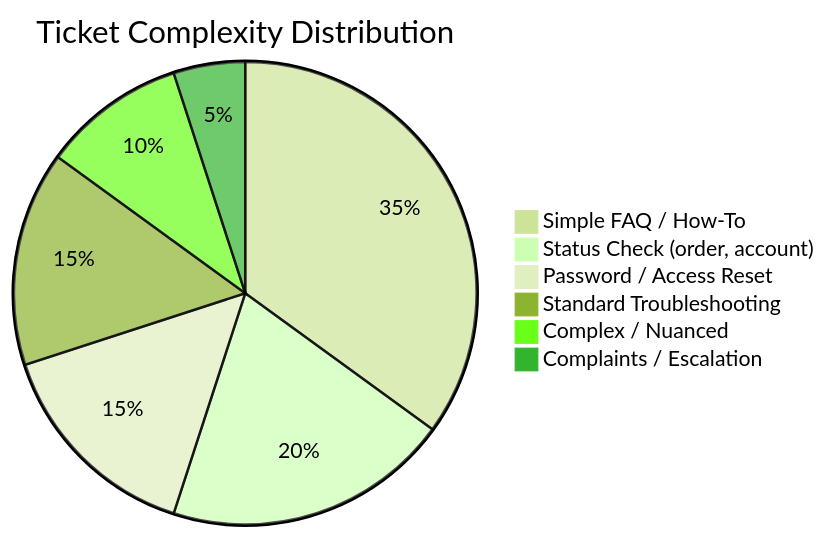
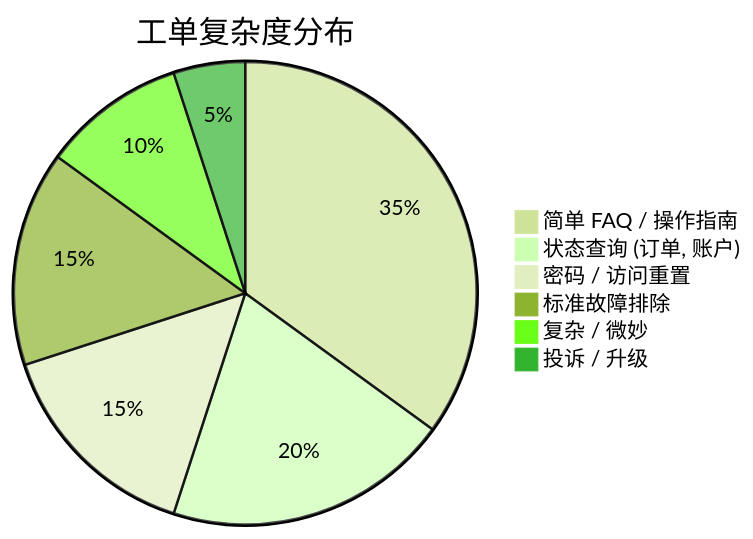
Before and after one commit to stars-labs/ai-driven-customer-service: the second of 2 diagrams in i18n/zh/docusaurus-plugin-content-docs/current/01-current-landscape.md, drawn with Mermaid (forest theme). The commit also changed other lines of this file and 15 other files, not shown here.

````diff
--- a/i18n/zh/docusaurus-plugin-content-docs/current/01-current-landscape.md
+++ b/i18n/zh/docusaurus-plugin-content-docs/current/01-current-landscape.md
@@ -88,9 +88,9 @@
 ```mermaid
-pie title Ticket Complexity Distribution
-    "Simple FAQ / How-To" : 35
-    "Status Check (order, account)" : 20
-    "Password / Access Reset" : 15
-    "Standard Troubleshooting" : 15
-    "Complex / Nuanced" : 10
-    "Complaints / Escalation" : 5
+pie title 工单复杂度分布
+    "简单 FAQ / 操作指南" : 35
+    "状态查询 (订单, 账户)" : 20
+    "密码 / 访问重置" : 15
+    "标准故障排除" : 15
+    "复杂 / 微妙" : 10
+    "投诉 / 升级" : 5
 ```
````
